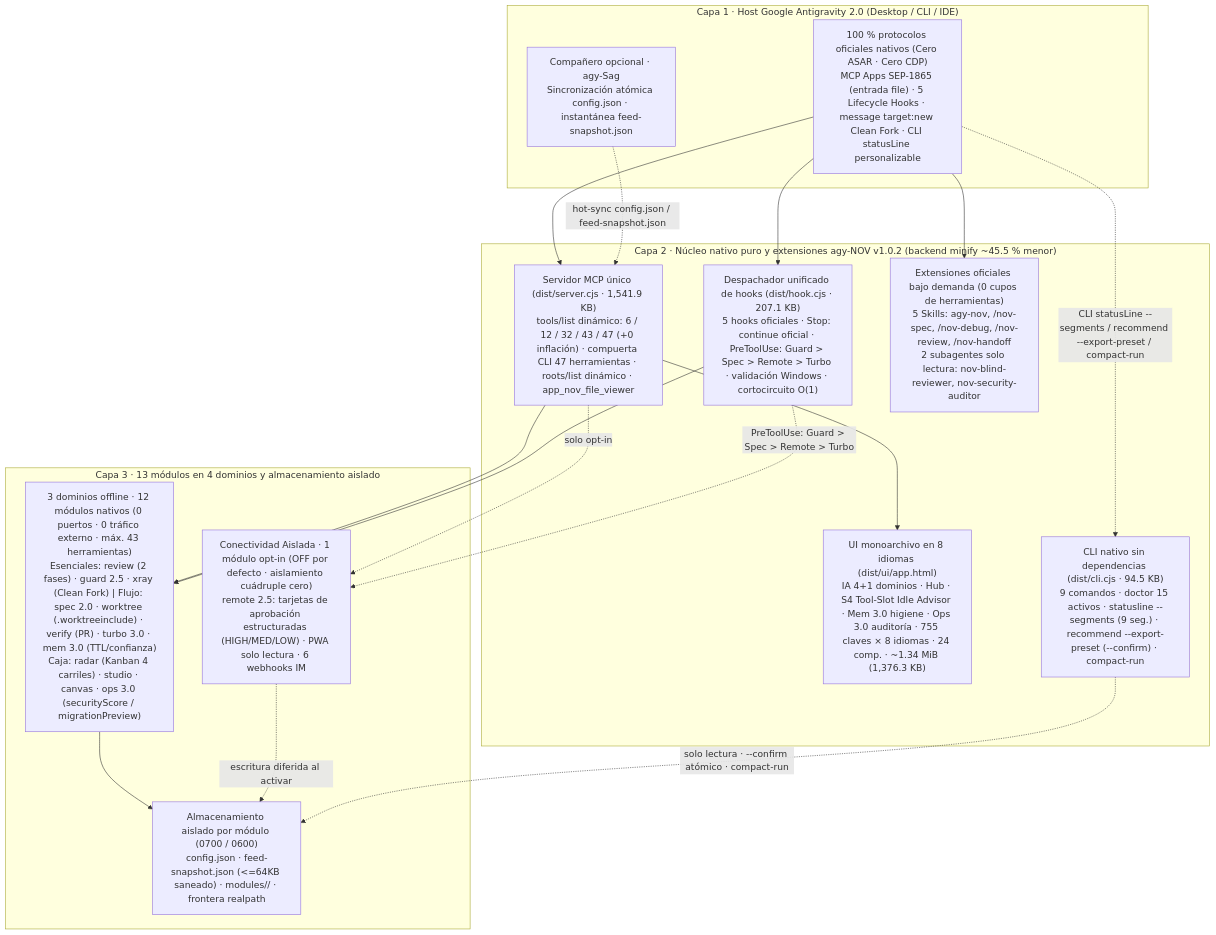
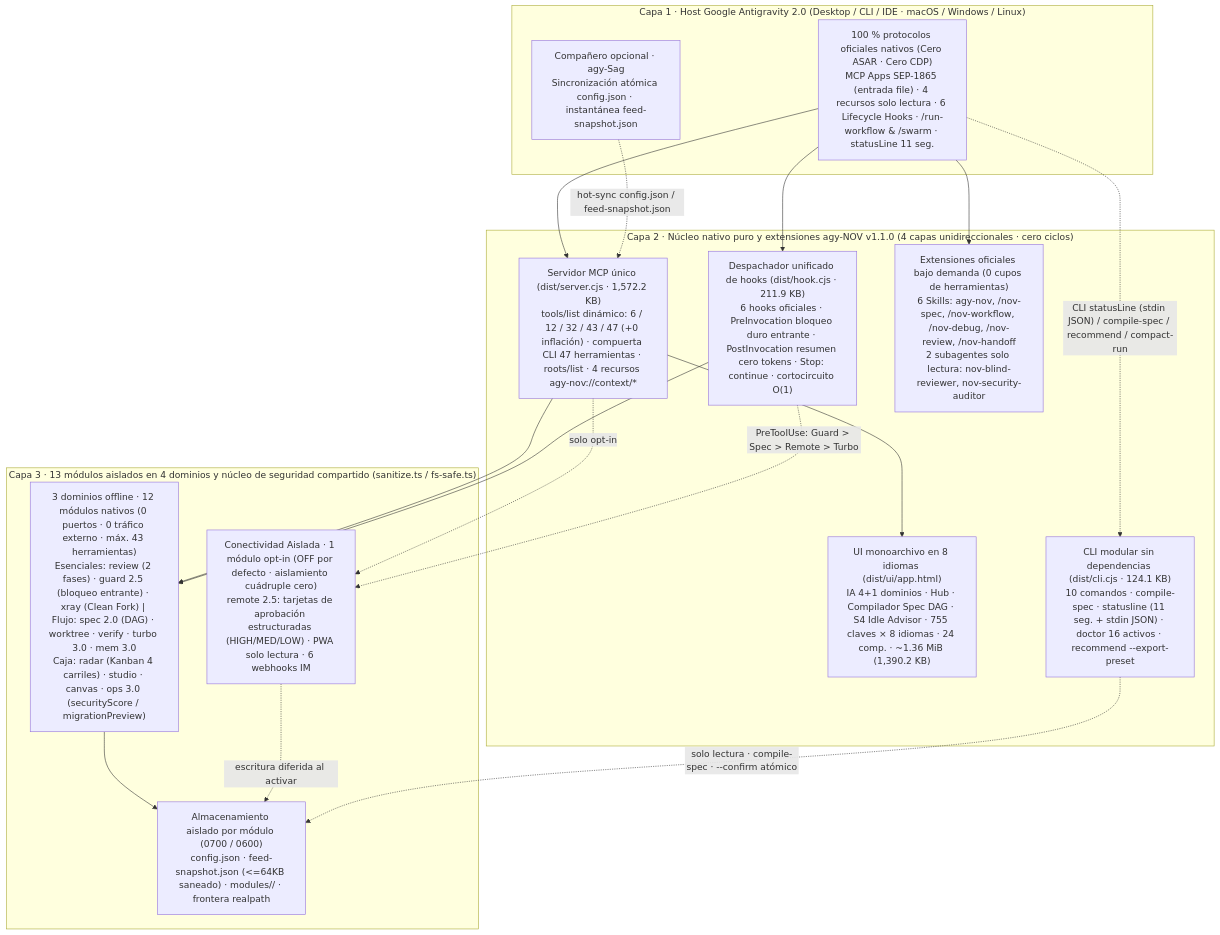
The diagram in docs/i18n/README.es.md (tone-leh/agy-NOV), drawn with Mermaid before and after one commit. The commit also changed other lines of this file and 51 other files, not shown here.

Commit message:
feat(v1.1.0): Spec DAG workflow compiler, 6-Hook protocol, MCP context resources & CLI statusLine fusion

````diff
--- a/docs/i18n/README.es.md
+++ b/docs/i18n/README.es.md
@@ -245,35 +244,35 @@
 ```mermaid
 flowchart TB
-  subgraph L1["Capa 1 · Host Google Antigravity 2.0 (Desktop / CLI / IDE)"]
-    Host["100 % protocolos oficiales nativos (Cero ASAR · Cero CDP)\nMCP Apps SEP-1865 (entrada file) · 5 Lifecycle Hooks · message target:new Clean Fork · CLI statusLine personalizable"]
+  subgraph L1["Capa 1 · Host Google Antigravity 2.0 (Desktop / CLI / IDE · macOS / Windows / Linux)"]
+    Host["100 % protocolos oficiales nativos (Cero ASAR · Cero CDP)\nMCP Apps SEP-1865 (entrada file) · 4 recursos solo lectura · 6 Lifecycle Hooks · /run-workflow & /swarm · statusLine 11 seg."]
     Sag["Compañero opcional · agy-Sag\nSincronización atómica config.json · instantánea feed-snapshot.json"]
   end
 
-  subgraph L2["Capa 2 · Núcleo nativo puro y extensiones agy-NOV v1.0.2 (backend minify ~45.5 % menor)"]
-    MCP["Servidor MCP único (dist/server.cjs · 1,541.9 KB)\ntools/list dinámico: 6 / 12 / 32 / 43 / 47 (+0 inflación) · compuerta CLI 47 herramientas · roots/list dinámico · app_nov_file_viewer"]
-    Hook["Despachador unificado de hooks (dist/hook.cjs · 207.1 KB)\n5 hooks oficiales · Stop: continue oficial · PreToolUse: Guard > Spec > Remote > Turbo · validación Windows · cortocircuito O(1)"]
-    UI["UI monoarchivo en 8 idiomas (dist/ui/app.html)\nIA 4+1 dominios · Hub · S4 Tool-Slot Idle Advisor · Mem 3.0 higiene · Ops 3.0 auditoría · 755 claves × 8 idiomas · 24 comp. · ~1.34 MiB (1,376.3 KB)"]
-    Ext["Extensiones oficiales bajo demanda (0 cupos de herramientas)\n5 Skills: agy-nov, /nov-spec, /nov-debug, /nov-review, /nov-handoff\n2 subagentes solo lectura: nov-blind-reviewer, nov-security-auditor"]
-    CLI["CLI nativo sin dependencias (dist/cli.cjs · 94.5 KB)\n9 comandos · doctor 15 activos · statusline --segments (9 seg.) · recommend --export-preset (--confirm) · compact-run"]
+  subgraph L2["Capa 2 · Núcleo nativo puro y extensiones agy-NOV v1.1.0 (4 capas unidireccionales · cero ciclos)"]
+    MCP["Servidor MCP único (dist/server.cjs · 1,572.2 KB)\ntools/list dinámico: 6 / 12 / 32 / 43 / 47 (+0 inflación) · compuerta CLI 47 herramientas · roots/list · 4 recursos agy-nov://context/*"]
+    Hook["Despachador unificado de hooks (dist/hook.cjs · 211.9 KB)\n6 hooks oficiales · PreInvocation bloqueo duro entrante · PostInvocation resumen cero tokens · Stop: continue · cortocircuito O(1)"]
+    UI["UI monoarchivo en 8 idiomas (dist/ui/app.html)\nIA 4+1 dominios · Hub · Compilador Spec DAG · S4 Idle Advisor · 755 claves × 8 idiomas · 24 comp. · ~1.36 MiB (1,390.2 KB)"]
+    Ext["Extensiones oficiales bajo demanda (0 cupos de herramientas)\n6 Skills: agy-nov, /nov-spec, /nov-workflow, /nov-debug, /nov-review, /nov-handoff\n2 subagentes solo lectura: nov-blind-reviewer, nov-security-auditor"]
+    CLI["CLI modular sin dependencias (dist/cli.cjs · 124.1 KB)\n10 comandos · compile-spec · statusline (11 seg. + stdin JSON) · doctor 16 activos · recommend --export-preset"]
   end
 
-  subgraph L3["Capa 3 · 13 módulos en 4 dominios y almacenamiento aislado"]
-    T1["3 dominios offline · 12 módulos nativos (0 puertos · 0 tráfico externo · máx. 43 herramientas)\nEsenciales: review (2 fases) · guard 2.5 · xray (Clean Fork) | Flujo: spec 2.0 · worktree (.worktreeinclude) · verify (PR) · turbo 3.0 · mem 3.0 (TTL/confianza)\nCaja: radar (Kanban 4 carriles) · studio · canvas · ops 3.0 (securityScore / migrationPreview)"]
+  subgraph L3["Capa 3 · 13 módulos aislados en 4 dominios y núcleo de seguridad compartido (sanitize.ts / fs-safe.ts)"]
+    T1["3 dominios offline · 12 módulos nativos (0 puertos · 0 tráfico externo · máx. 43 herramientas)\nEsenciales: review (2 fases) · guard 2.5 (bloqueo entrante) · xray (Clean Fork) | Flujo: spec 2.0 (DAG) · worktree · verify · turbo 3.0 · mem 3.0\nCaja: radar (Kanban 4 carriles) · studio · canvas · ops 3.0 (securityScore / migrationPreview)"]
     T2R["Conectividad Aislada · 1 módulo opt-in (OFF por defecto · aislamiento cuádruple cero)\nremote 2.5: tarjetas de aprobación estructuradas (HIGH/MED/LOW) · PWA solo lectura · 6 webhooks IM"]
     Store["Almacenamiento aislado por módulo (0700 / 0600)\nconfig.json · feed-snapshot.json (<=64KB saneado) · modules/<id>/ · frontera realpath"]
   end
 
   Host --> MCP
   Host --> Hook
   Host --> Ext
-  Host -. "CLI statusLine --segments / recommend --export-preset / compact-run" .-> CLI
+  Host -. "CLI statusLine (stdin JSON) / compile-spec / recommend / compact-run" .-> CLI
   Sag -. "hot-sync config.json / feed-snapshot.json" .-> MCP
   MCP --> UI
   MCP --> T1
   MCP -. "solo opt-in" .-> T2R
   Hook --> T1
   Hook -. "PreToolUse: Guard > Spec > Remote > Turbo" .-> T2R
   T1 --> Store
   T2R -. "escritura diferida al activar" .-> Store
-  CLI -. "solo lectura · --confirm atómico · compact-run" .-> Store
+  CLI -. "solo lectura · compile-spec · --confirm atómico" .-> Store
 ```
````
